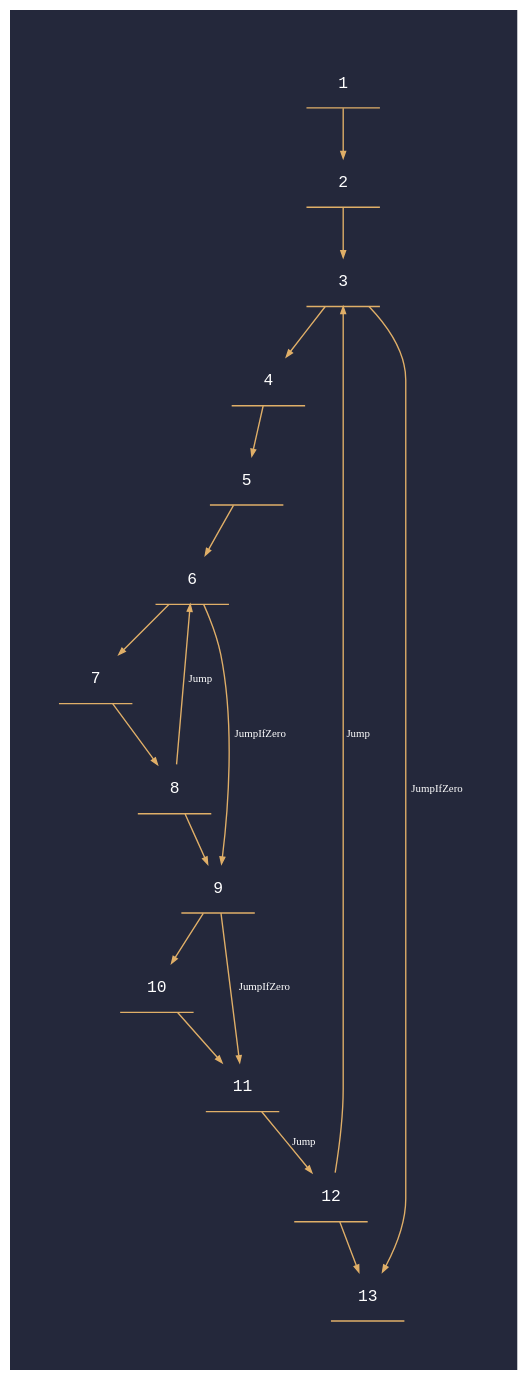
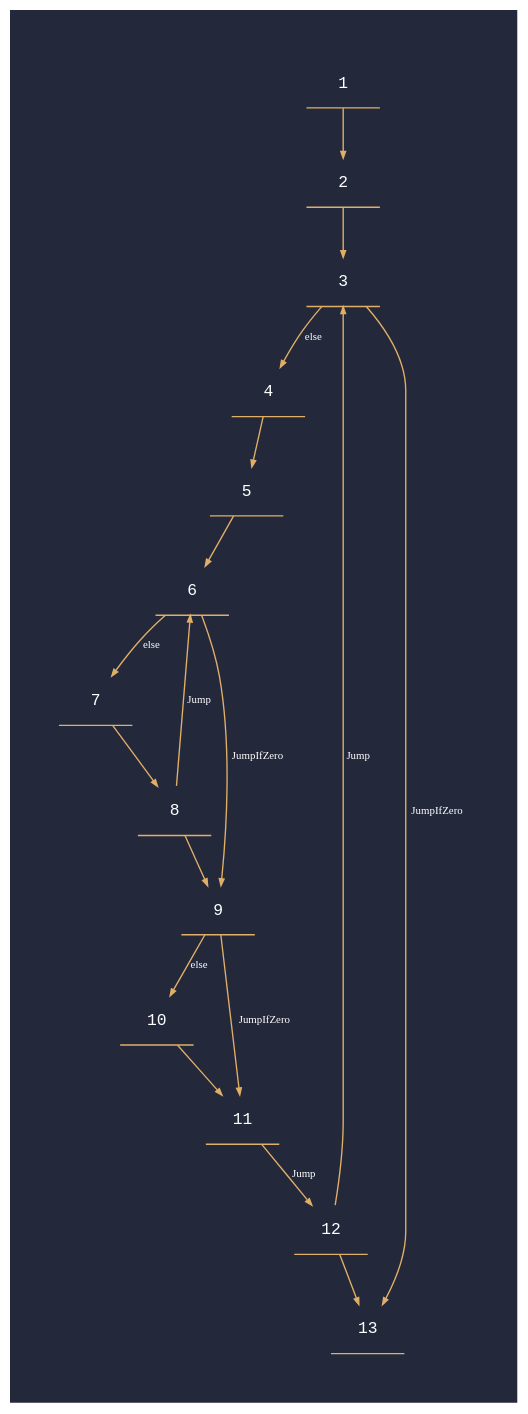
Before and after one commit to jorgeypcb/ImpCodeGenerator: the diagram in programs/dot-files/collatz.cfg.dot, drawn with Graphviz. The commit also changed 6 other files, not shown here.

```diff
--- a/programs/dot-files/collatz.cfg.dot
+++ b/programs/dot-files/collatz.cfg.dot
@@ -1,34 +1,34 @@
 digraph "collatz.cfg" {
 	graph [bgcolor="#24283B" pad=0.5]
 	node [color="#E0AF68" fontcolor="#ffffff" fontname="Hack, monospace" fontsize=12 shape=underline]
 	edge [arrowsize=0.5 color="#E0AF68" fontcolor="#ffffff" fontsize=8]
 	1
 	2
 	3
 	4
 	5
 	6
 	7
 	8
 	9
 	10
 	11
 	12
 	1 -> 2 [label=""]
 	2 -> 3 [label=""]
-	3 -> 4 [label=""]
+	3 -> 4 [label=else]
 	3 -> 13 [label=JumpIfZero]
 	4 -> 5 [label=""]
 	5 -> 6 [label=""]
-	6 -> 7 [label=""]
+	6 -> 7 [label=else]
 	6 -> 9 [label=JumpIfZero]
 	7 -> 8 [label=""]
 	8 -> 6 [label=Jump]
 	8 -> 9 [label=""]
-	9 -> 10 [label=""]
+	9 -> 10 [label=else]
 	9 -> 11 [label=JumpIfZero]
 	10 -> 11 [label=""]
 	11 -> 12 [label=Jump]
 	12 -> 3 [label=Jump]
 	12 -> 13 [label=""]
 }
```
